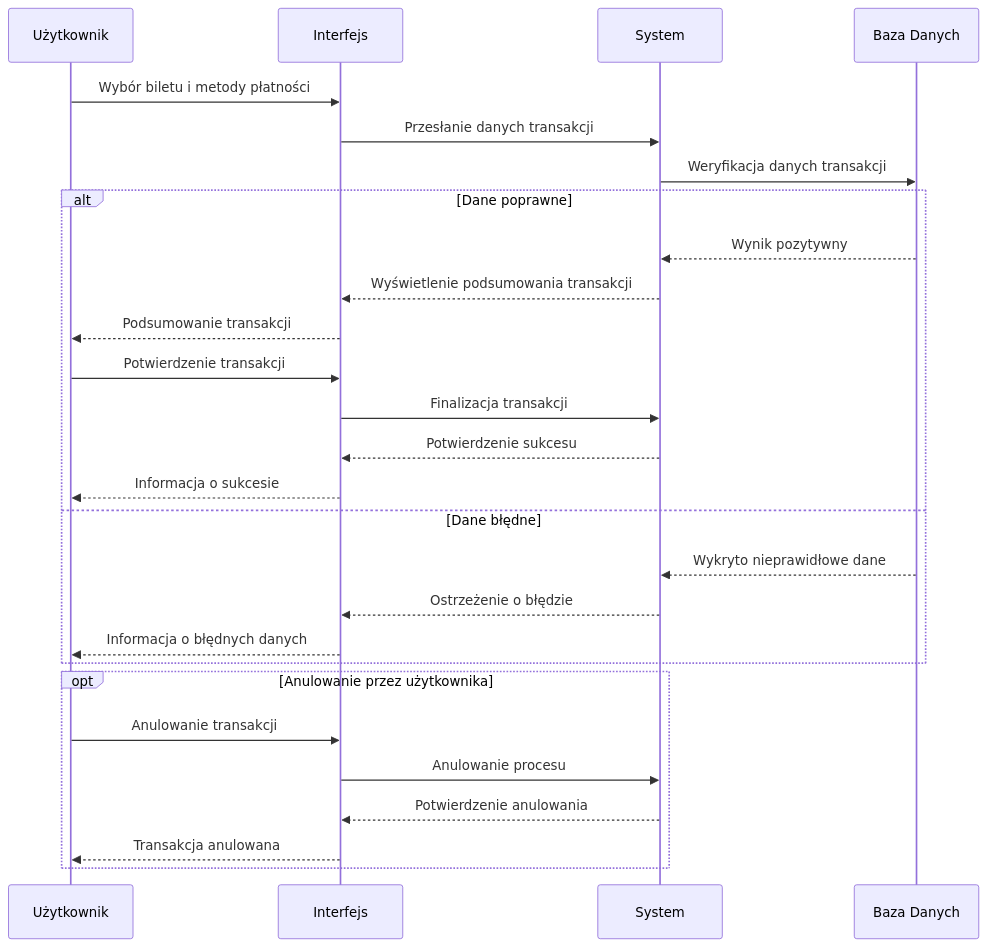
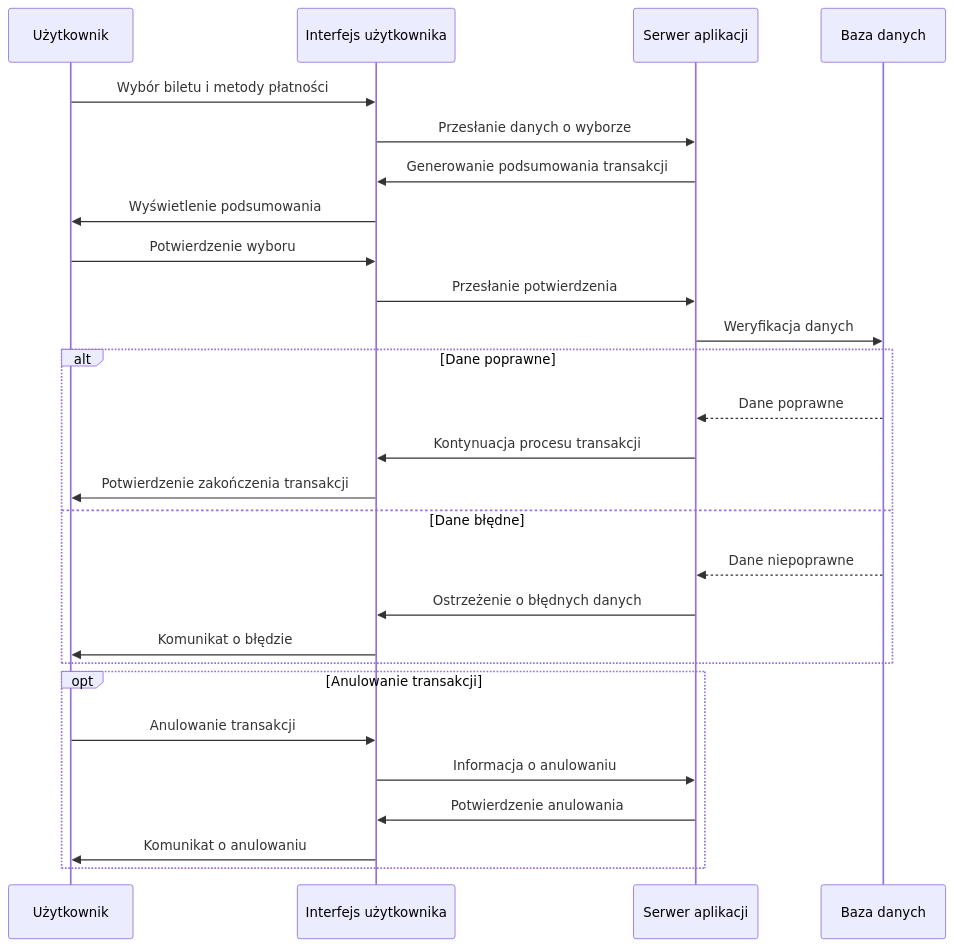
Before and after one commit to andrew967/MWO: the fifth of 5 diagrams in użytkownik.md, drawn with Mermaid. The commit also changed other lines of this file, not shown here.

````diff
--- a/użytkownik.md
+++ b/użytkownik.md
@@ -123,31 +150,31 @@
 ```mermaid
 sequenceDiagram
     participant USER as Użytkownik
-    participant UI as Interfejs
-    participant SYSTEM as System
-    participant DB as Baza Danych
+    participant UI as Interfejs użytkownika
+    participant SERVER as Serwer aplikacji
+    participant DB as Baza danych
 
     USER->>UI: Wybór biletu i metody płatności
-    UI->>SYSTEM: Przesłanie danych transakcji
-    SYSTEM->>DB: Weryfikacja danych transakcji
+    UI->>SERVER: Przesłanie danych o wyborze
+    SERVER->>UI: Generowanie podsumowania transakcji
+    UI->>USER: Wyświetlenie podsumowania
+    USER->>UI: Potwierdzenie wyboru
+    UI->>SERVER: Przesłanie potwierdzenia
+    SERVER->>DB: Weryfikacja danych
     alt Dane poprawne
-        DB-->>SYSTEM: Wynik pozytywny
-        SYSTEM-->>UI: Wyświetlenie podsumowania transakcji
-        UI-->>USER: Podsumowanie transakcji
-        USER->>UI: Potwierdzenie transakcji
-        UI->>SYSTEM: Finalizacja transakcji
-        SYSTEM-->>UI: Potwierdzenie sukcesu
-        UI-->>USER: Informacja o sukcesie
+        DB-->>SERVER: Dane poprawne
+        SERVER->>UI: Kontynuacja procesu transakcji
+        UI->>USER: Potwierdzenie zakończenia transakcji
     else Dane błędne
-        DB-->>SYSTEM: Wykryto nieprawidłowe dane
-        SYSTEM-->>UI: Ostrzeżenie o błędzie
-        UI-->>USER: Informacja o błędnych danych
+        DB-->>SERVER: Dane niepoprawne
+        SERVER->>UI: Ostrzeżenie o błędnych danych
+        UI->>USER: Komunikat o błędzie
     end
-    opt Anulowanie przez użytkownika
+    opt Anulowanie transakcji
         USER->>UI: Anulowanie transakcji
-        UI->>SYSTEM: Anulowanie procesu
-        SYSTEM-->>UI: Potwierdzenie anulowania
-        UI-->>USER: Transakcja anulowana
+        UI->>SERVER: Informacja o anulowaniu
+        SERVER->>UI: Potwierdzenie anulowania
+        UI->>USER: Komunikat o anulowaniu
     end
 
 ```
````
